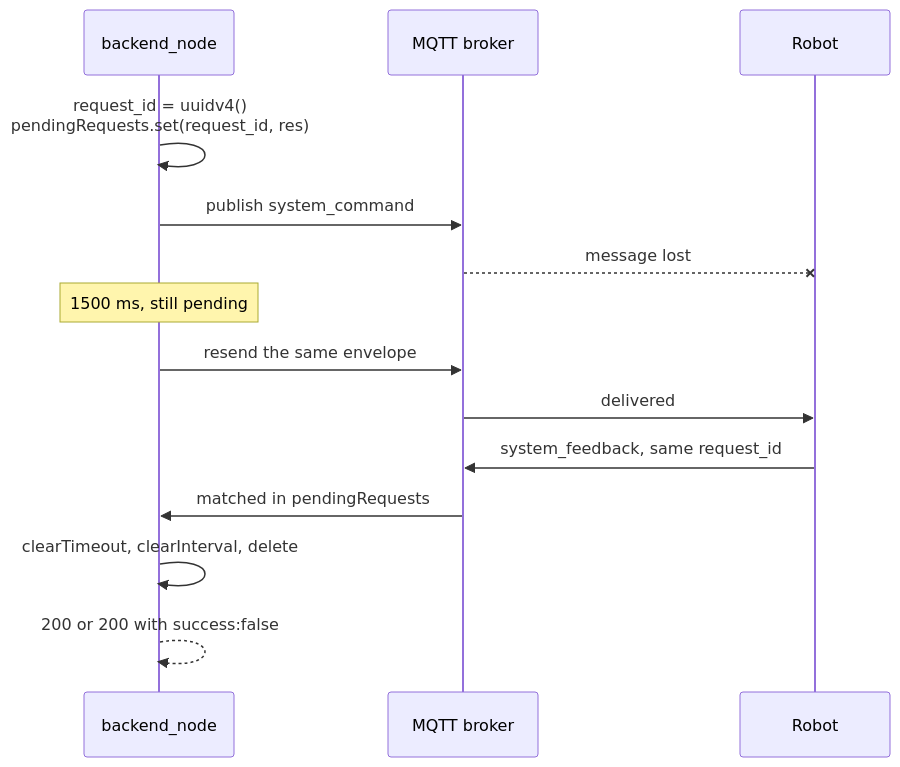
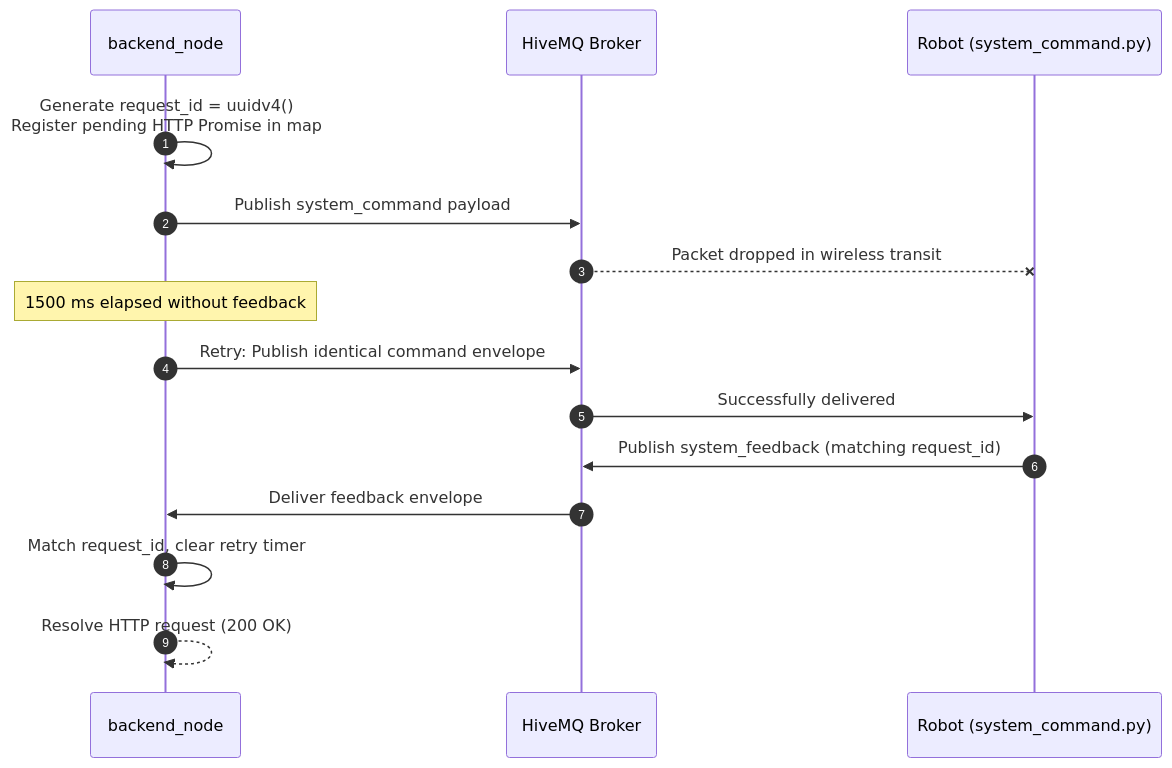
One commit to itbdelaboprogramming/msd700_documentation changed the second of 5 diagrams in docs/development/message-contracts.md. Above: the diagram before and after it, drawn with Mermaid. The commit also changed other lines of this file and 16 other files, not shown here.

Commit message:
docs: overhaul documentation structure and clarify fleet addressing and command schemas

````diff
--- a/docs/development/message-contracts.md
+++ b/docs/development/message-contracts.md
@@ -110,17 +102,18 @@
 ```mermaid
 sequenceDiagram
-  participant BE as backend_node
-  participant M as MQTT broker
-  participant R as Robot
+  autonumber
+  participant Backend as backend_node
+  participant Broker as HiveMQ Broker
+  participant Robot as Robot (system_command.py)
 
-  BE->>BE: request_id = uuidv4()<br/>pendingRequests.set(request_id, res)
-  BE->>M: publish system_command
-  M--xR: message lost
-  Note over BE: 1500 ms, still pending
-  BE->>M: resend the same envelope
-  M->>R: delivered
-  R->>M: system_feedback, same request_id
-  M->>BE: matched in pendingRequests
-  BE->>BE: clearTimeout, clearInterval, delete
-  BE-->>BE: 200 or 200 with success:false
+  Backend->>Backend: Generate request_id = uuidv4()<br/>Register pending HTTP Promise in map
+  Backend->>Broker: Publish system_command payload
+  Broker--xRobot: Packet dropped in wireless transit
+  Note over Backend: 1500 ms elapsed without feedback
+  Backend->>Broker: Retry: Publish identical command envelope
+  Broker->>Robot: Successfully delivered
+  Robot->>Broker: Publish system_feedback (matching request_id)
+  Broker->>Backend: Deliver feedback envelope
+  Backend->>Backend: Match request_id, clear retry timer
+  Backend-->>Backend: Resolve HTTP request (200 OK)
 ```
````
